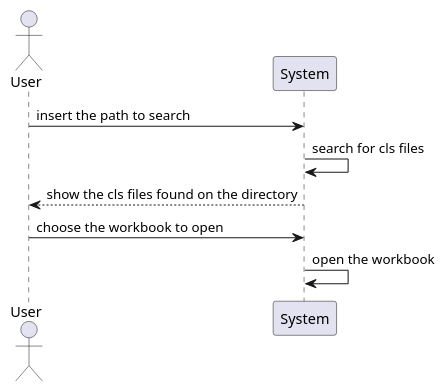
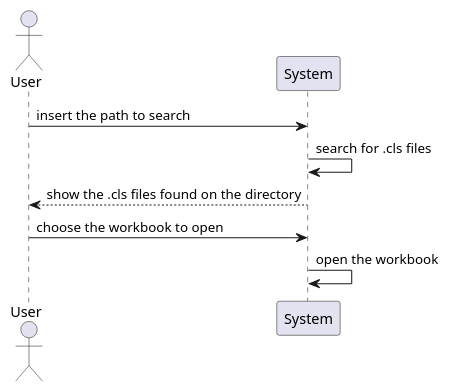
Before and after one commit to MikeTekOn/lapr4-2017-2dd: the diagram in src/main/java/lapr4/green/s1/ipc/n1150838/findworkbooks/us02.1_ssd.puml, drawn with PlantUML. The commit also changed 3 other files, not shown here.

Commit message:
LAPR4E17DD-142 #time 4h #comment I've Partially completed the design. Two diagrams built.

```diff
--- a/src/main/java/lapr4/green/s1/ipc/n1150838/findworkbooks/us02.1_ssd.puml
+++ b/src/main/java/lapr4/green/s1/ipc/n1150838/findworkbooks/us02.1_ssd.puml
@@ -1,12 +1,12 @@
 @startuml us02.1_ssd.png
 
 actor User
 participant "System"
 
 
 User->System:insert the path to search
-System->System:search for cls files
-User<--System:show the cls files found on the directory
+System->System:search for .cls files
+User<--System:show the .cls files found on the directory
 User->System:choose the workbook to open
 System->System:open the workbook
 @enduml
```
